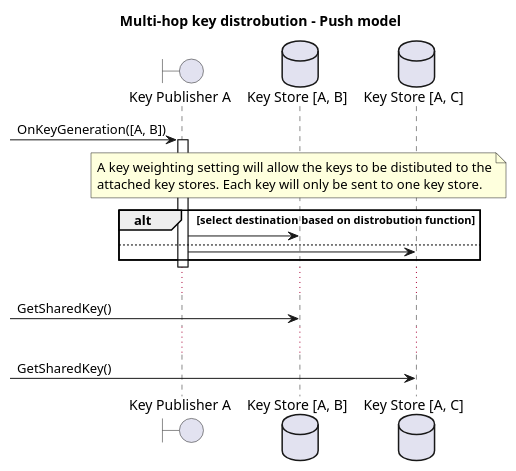
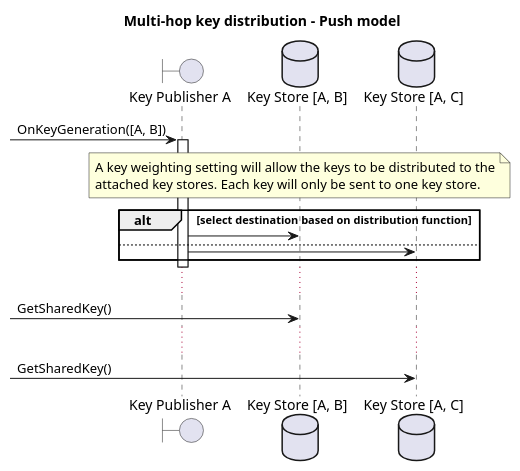
Diagram 13 of 18 in Walkthrough.md (Open-QKD-Network/cqptoolkit), drawn with PlantUML before and after one commit. The commit also changed other lines of this file and 10 other files, not shown here.

```diff
--- a/Walkthrough.md
+++ b/Walkthrough.md
@@ -554,27 +554,27 @@
     @startuml wtMultiHopPush
-        title Multi-hop key distrobution - Push model
+        title Multi-hop key distribution - Push model
 
         boundary "Key Publisher A" as kpa
         database "Key Store [A, B]" as ksa
         database "Key Store [A, C]" as ksb
 
         [-> kpa : OnKeyGeneration([A, B])
         activate kpa
             note over kpa, ksb
-                A key weighting setting will allow the keys to be distibuted to the
+                A key weighting setting will allow the keys to be distributed to the
                 attached key stores. Each key will only be sent to one key store.
             end note
-            alt select destination based on distrobution function
+            alt select destination based on distribution function
                 kpa -> ksa
             else
                 kpa -> ksb
             end alt
         deactivate kpa
 
         ...
 
         [-> ksa : GetSharedKey()
         ...
         [-> ksb : GetSharedKey()
 
     @enduml
```
